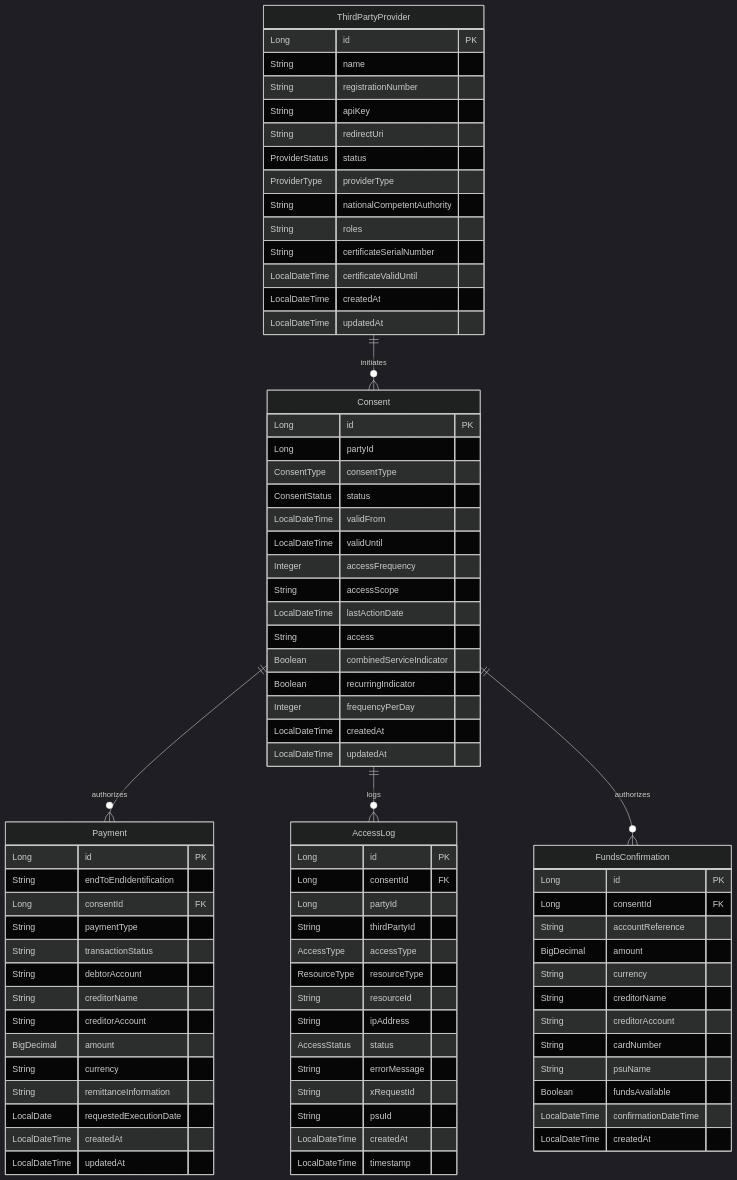
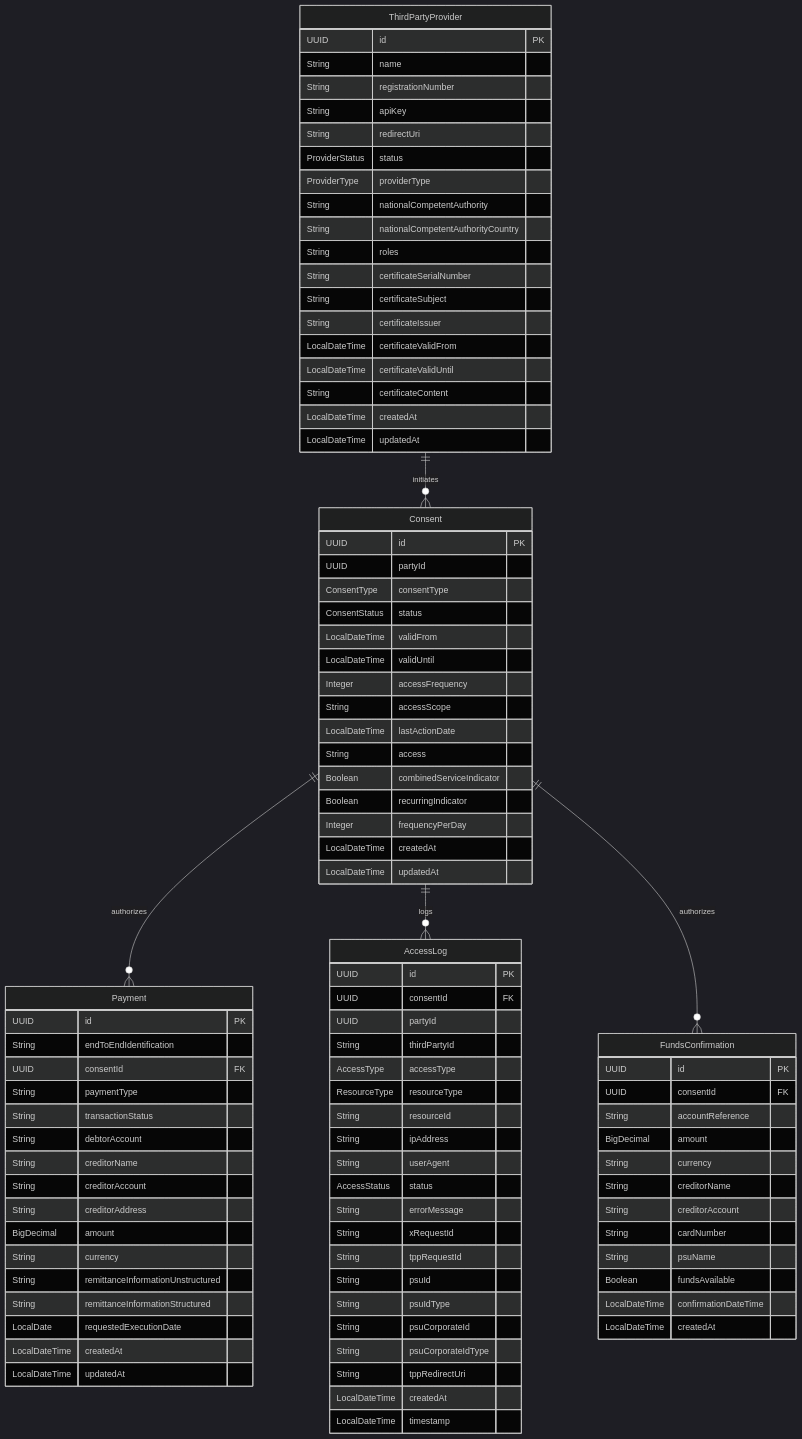
The second of 2 diagrams in README.md (firefly-oss/core-banking-psdx), drawn with Mermaid (dark theme) before and after one commit. The commit also changed other lines of this file and 1 other file, not shown here.

````diff
--- a/README.md
+++ b/README.md
@@ -252,7 +181,7 @@
 ```mermaid
 erDiagram
     ThirdPartyProvider {
-        Long id PK
+        UUID id PK
         String name
         String registrationNumber
         String apiKey
@@ -260,16 +189,21 @@
         ProviderStatus status
         ProviderType providerType
         String nationalCompetentAuthority
+        String nationalCompetentAuthorityCountry
         String roles
         String certificateSerialNumber
+        String certificateSubject
+        String certificateIssuer
+        LocalDateTime certificateValidFrom
         LocalDateTime certificateValidUntil
+        String certificateContent
         LocalDateTime createdAt
         LocalDateTime updatedAt
     }
 
     Consent {
-        Long id PK
-        Long partyId
+        UUID id PK
+        UUID partyId
         ConsentType consentType
         ConsentStatus status
         LocalDateTime validFrom
@@ -286,42 +220,50 @@
     }
 
     Payment {
-        Long id PK
+        UUID id PK
         String endToEndIdentification
-        Long consentId FK
+        UUID consentId FK
         String paymentType
         String transactionStatus
         String debtorAccount
         String creditorName
         String creditorAccount
+        String creditorAddress
         BigDecimal amount
         String currency
-        String remittanceInformation
+        String remittanceInformationUnstructured
+        String remittanceInformationStructured
         LocalDate requestedExecutionDate
         LocalDateTime createdAt
         LocalDateTime updatedAt
     }
 
     AccessLog {
-        Long id PK
-        Long consentId FK
-        Long partyId
+        UUID id PK
+        UUID consentId FK
+        UUID partyId
         String thirdPartyId
         AccessType accessType
         ResourceType resourceType
         String resourceId
         String ipAddress
+        String userAgent
         AccessStatus status
         String errorMessage
         String xRequestId
+        String tppRequestId
         String psuId
+        String psuIdType
+        String psuCorporateId
+        String psuCorporateIdType
+        String tppRedirectUri
         LocalDateTime createdAt
         LocalDateTime timestamp
     }
 
     FundsConfirmation {
-        Long id PK
-        Long consentId FK
+        UUID id PK
+        UUID consentId FK
         String accountReference
         BigDecimal amount
         String currency
````
